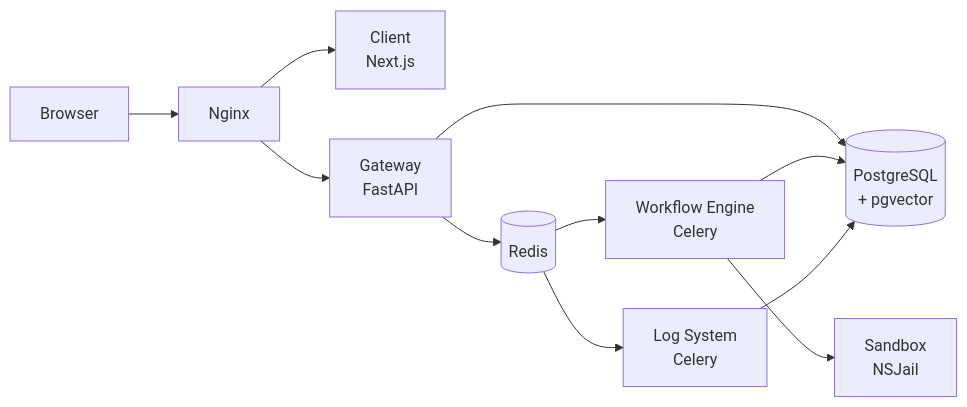
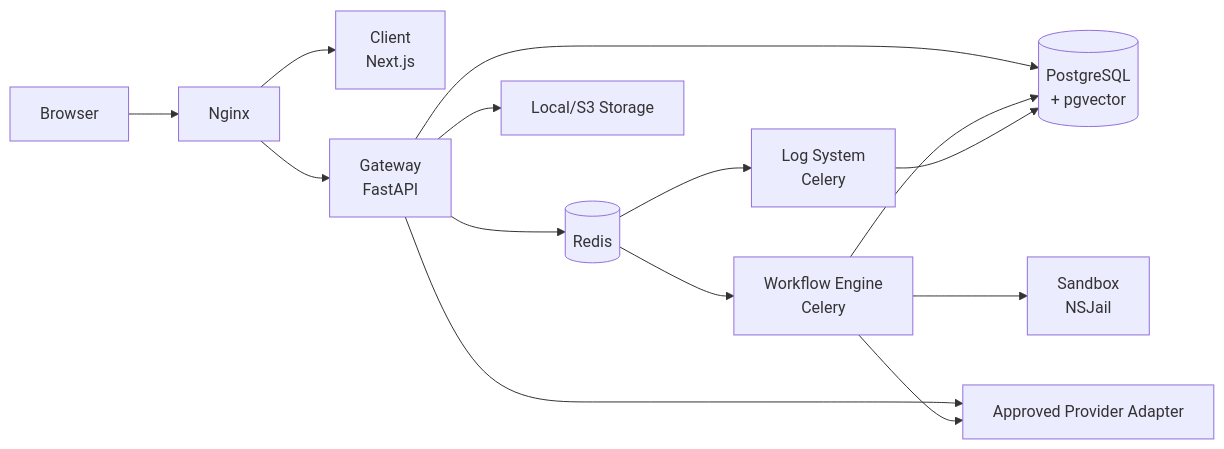
Before and after one commit to gannak1/nodease_refactoring_gannak1: the second of 2 diagrams in README.md, drawn with Mermaid. The commit also changed other lines of this file, not shown here.

````diff
--- a/README.md
+++ b/README.md
@@ -86,13 +110,16 @@
 ```mermaid
 flowchart LR
     U["Browser"] --> N["Nginx"]
     N --> C["Client<br/>Next.js"]
     N --> G["Gateway<br/>FastAPI"]
     G --> P[("PostgreSQL<br/>+ pgvector")]
     G --> R[("Redis")]
+    G --> O["Local/S3 Storage"]
     R --> W["Workflow Engine<br/>Celery"]
     R --> L["Log System<br/>Celery"]
     W --> P
     L --> P
     W --> S["Sandbox<br/>NSJail"]
+    G --> A["Approved Provider Adapter"]
+    W --> A
 ```
````
